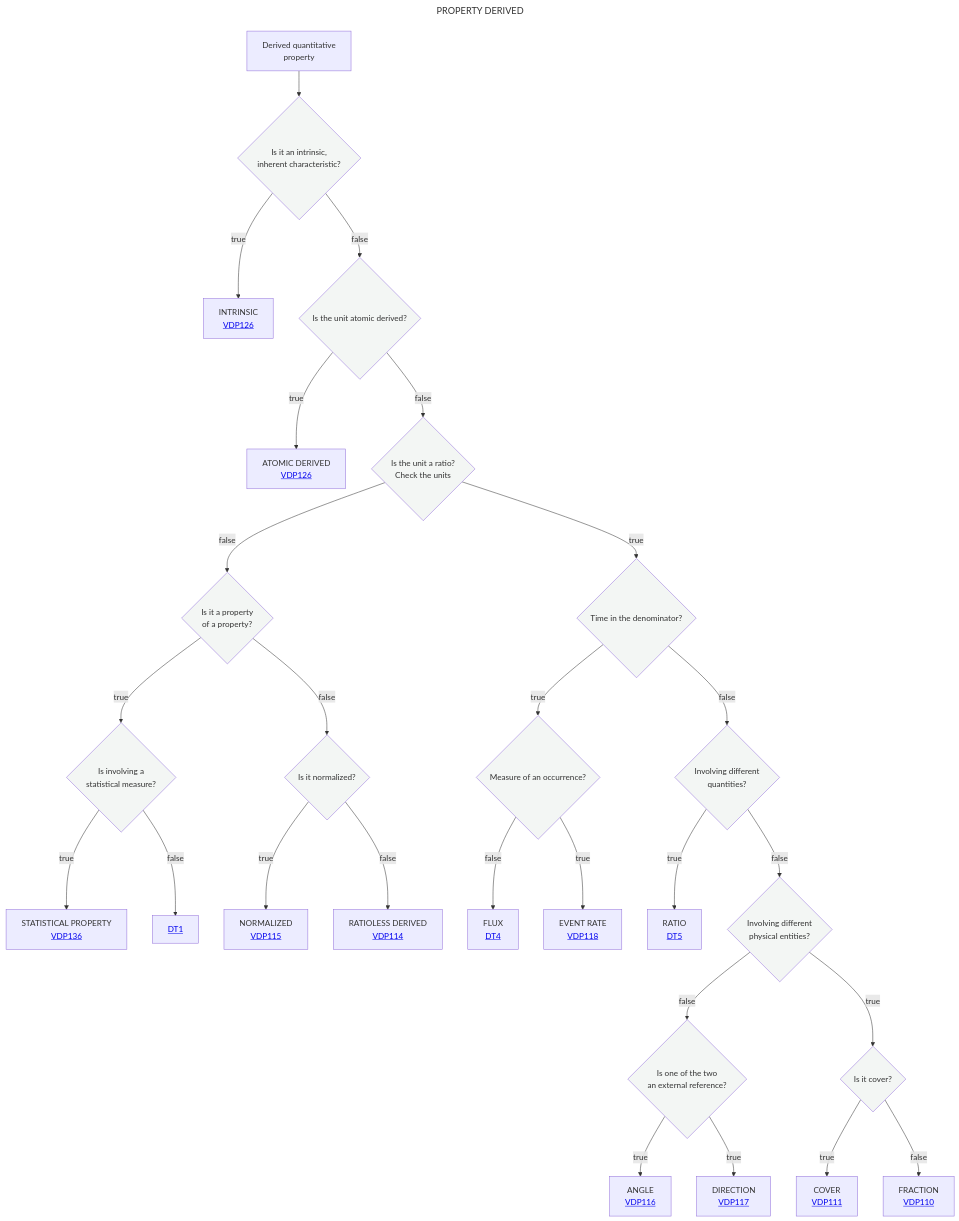
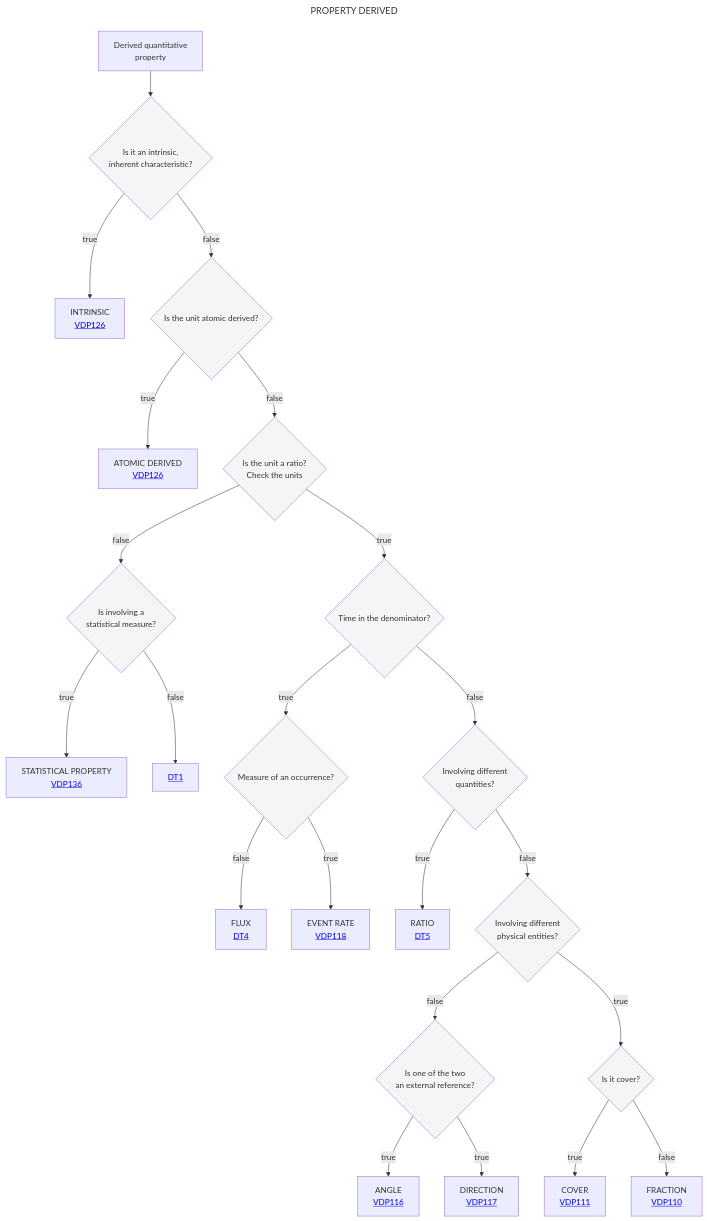
One commit to mabablue/I-ADOPT-patterns-playground changed the diagram in Decisition_trees/DT3.mmd. Above: the diagram before and after it, drawn with Mermaid.

```diff
--- a/Decisition_trees/DT3.mmd
+++ b/Decisition_trees/DT3.mmd
@@ -1,33 +1,29 @@
 ---
 title: PROPERTY DERIVED
 ---
 flowchart TD
     A[Derived quantitative <br> property] --> AB{Is it an intrinsic, <br> inherent characteristic?}:::white
     AB --> |true|Y[INTRINSIC <br> <a href='https://github.com/mabablue/I-ADOPT-patterns-playground/blob/main/pattern/VDP126.yaml'>VDP126</a>]
     AB --> |false|ABB{Is the unit atomic derived?}:::white
     ABB --> |true|Z[ATOMIC DERIVED <br> <a href='https://github.com/mabablue/I-ADOPT-patterns-playground/blob/main/pattern/VDP126.yaml'>VDP126</a>]
     ABB --> |false|B{Is the unit a ratio?<br>Check the units}:::white
     B --> |true|N{Time in the denominator?}:::white
-    B --> |false|C{Is it a property <br> of a property?}:::white
-    C --> |true|D{Is involving a <br> statistical measure?}:::white
+    B --> |false|D{Is involving a <br> statistical measure?}:::white
     D --> |true|G[STATISTICAL PROPERTY <br> <a href='https://github.com/mabablue/I-ADOPT-patterns-playground/blob/main/pattern/VDP136.yaml'>VDP136</a>]
     D --> |false|F[<a href='https://github.com/mabablue/I-ADOPT-patterns-playground/blob/main/Decisition_trees/DT2.mmd'>DT1</a>]
-    C --> |false|I{Is it normalized?}:::white
-    I --> |true|T[NORMALIZED <br> <a href='https://github.com/mabablue/I-ADOPT-patterns-playground/blob/main/pattern/VDP115.yaml'>VDP115</a>]
-    I --> |false|U[RATIOLESS DERIVED <br> <a href='https://github.com/mabablue/I-ADOPT-patterns-playground/blob/main/pattern/VDP114.yaml'>VDP114</a>]
     N --> |true|E{Measure of an occurrence?}:::white
     E --> |false|K[FLUX <br> <a href='https://github.com/mabablue/I-ADOPT-patterns-playground/blob/main/Decisition_trees/DT4.mmd'> DT4</a>]
     E --> |true|J[EVENT RATE <br> <a href='https://github.com/mabablue/I-ADOPT-patterns-playground/blob/main/pattern/VDP118.yaml'>VDP118</a>]
     N --> |false|O{Involving different <br> quantities?}:::white
     O --> |true|P[RATIO <br> <a href='https://github.com/mabablue/I-ADOPT-patterns-playground/blob/main/Decisition_trees/DT5.mmd'> DT5</a>]
     O --> |false|Q{Involving different <br> physical entities?}:::white
     Q --> |false|R{Is one of the two <br> an external reference?}:::white
     R --> |true|L[ANGLE <br> <a href='https://github.com/mabablue/I-ADOPT-patterns-playground/blob/main/pattern/VDP116.yaml'>VDP116</a>]
     R --> |true|M[DIRECTION <br> <a href='https://github.com/mabablue/I-ADOPT-patterns-playground/blob/main/pattern/VDP117.yaml'>VDP117</a>]
     Q --> |true|S{Is it cover?}:::white
     S --> |true|X[COVER <br> <a href='https://github.com/mabablue/I-ADOPT-patterns-playground/blob/main/pattern/VDP111.yaml'>VDP111</a>]
     S --> |false|V[FRACTION <br> <a href='https://github.com/mabablue/I-ADOPT-patterns-playground/blob/main/pattern/VDP110.yaml'>VDP110</a>]
    classDef blue fill:#90D5FF
    classDef satblue fill:#57B9FF 
    classDef white fill:#f3f6f4
    classDef green fill:#6aa84f
```
